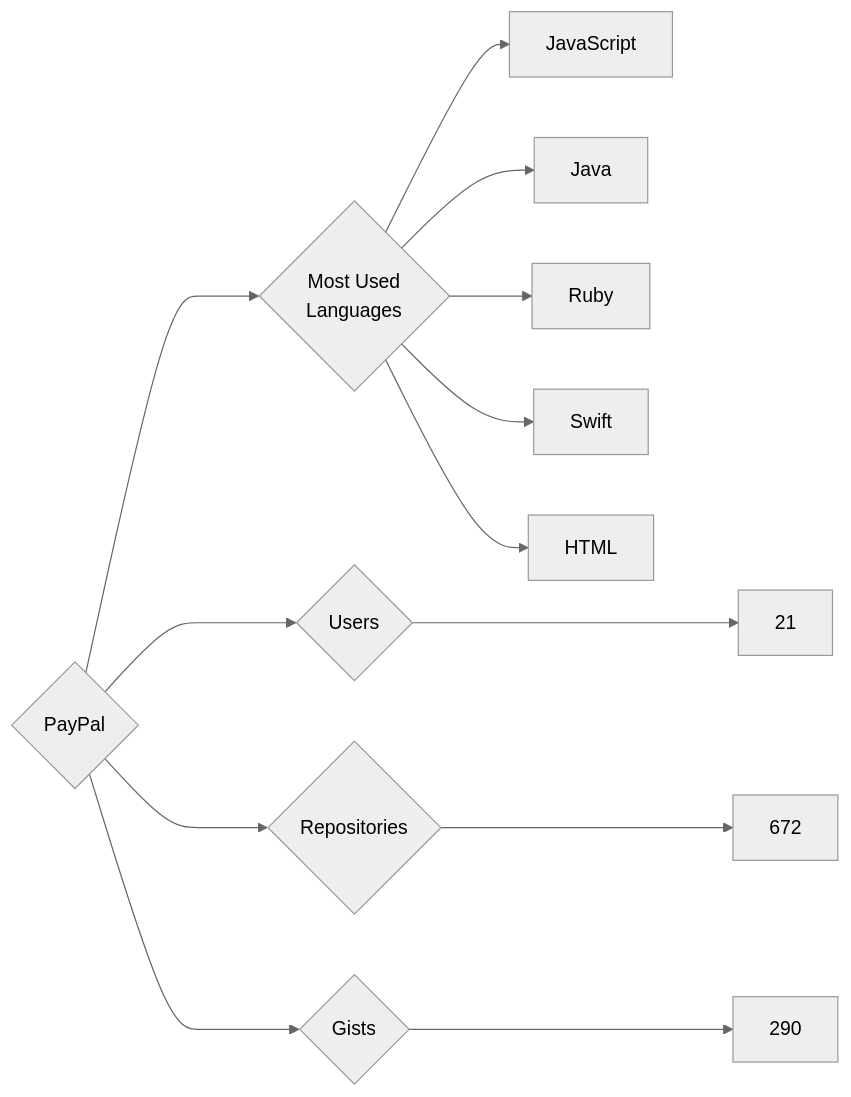
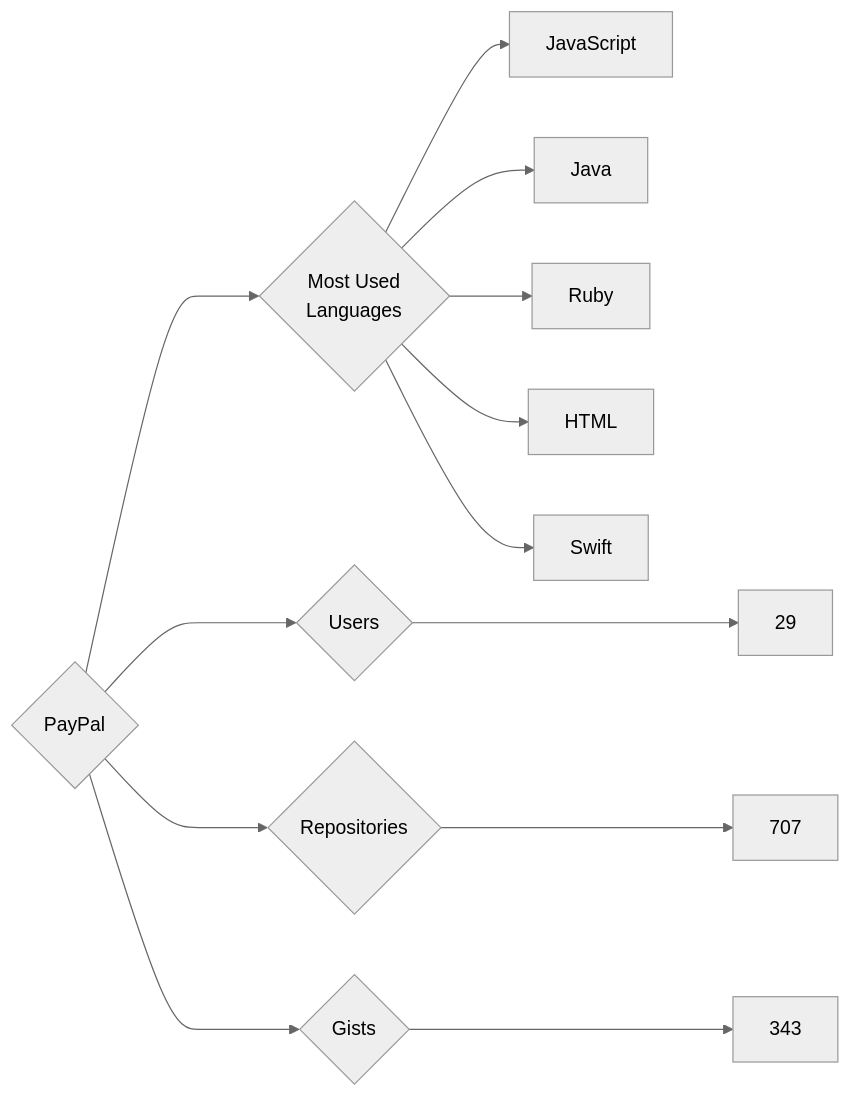
The diagram in targets/PayPal/README.md (trickest/insiders), drawn with Mermaid (neutral theme) before and after one commit. The commit also changed 833 other files, not shown here.

````diff
--- a/targets/PayPal/README.md
+++ b/targets/PayPal/README.md
@@ -3,13 +3,13 @@
 ```mermaid
 graph LR
 COMPANY_NAME{PayPal}
-COMPANY_NAME ---> U{Users} ---> UN[21]
-COMPANY_NAME ---> R{Repositories} ---> RN[672]
-COMPANY_NAME ---> G{Gists} ---> GN[290]
+COMPANY_NAME ---> U{Users} ---> UN[29]
+COMPANY_NAME ---> R{Repositories} ---> RN[707]
+COMPANY_NAME ---> G{Gists} ---> GN[343]
 COMPANY_NAME ---> ML{Most Used<br>Languages}
 ML --> JavaScript[JavaScript]
 ML --> Java[Java]
 ML --> Ruby[Ruby]
+ML --> HTML[HTML]
 ML --> Swift[Swift]
-ML --> HTML[HTML]
 ```
````
